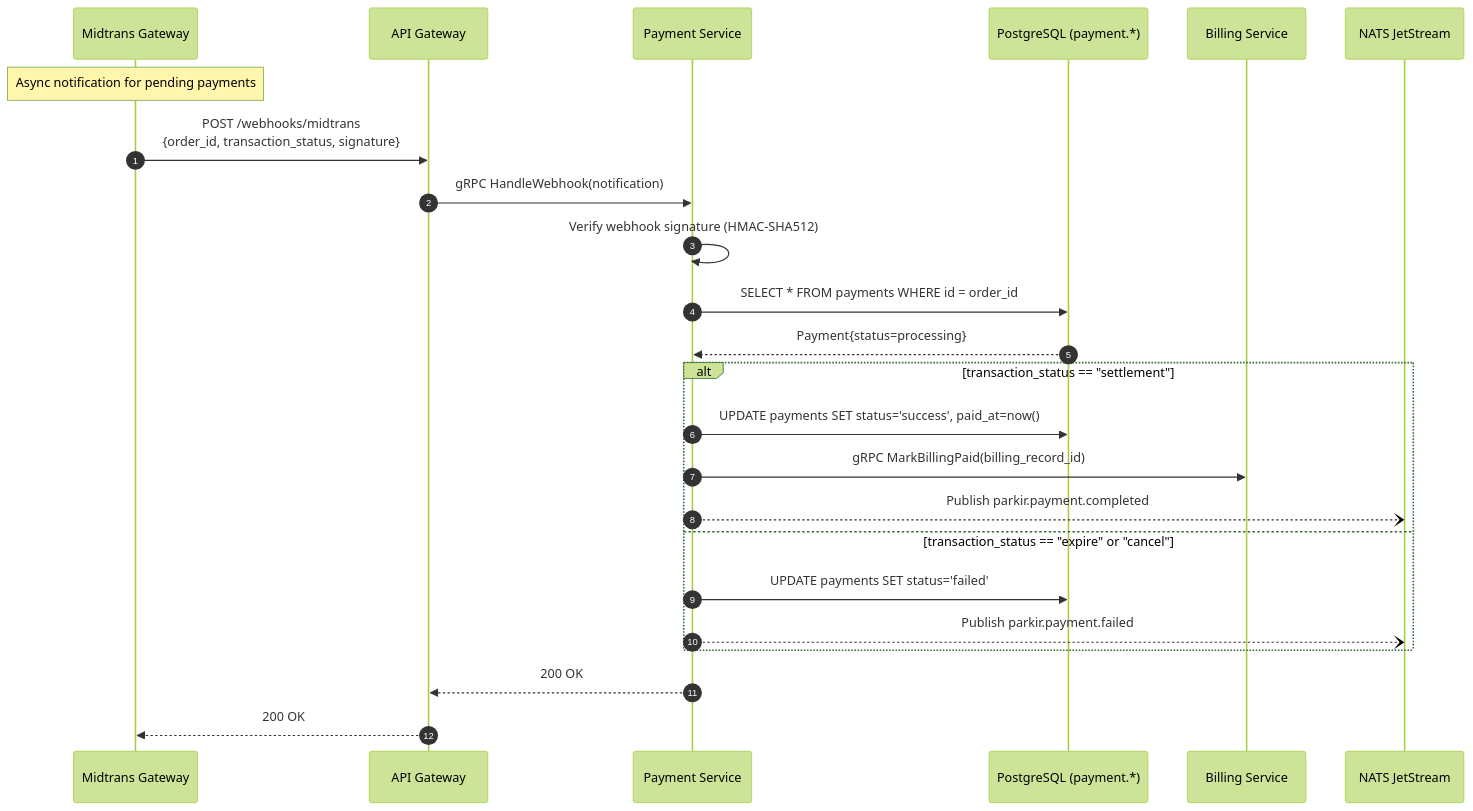
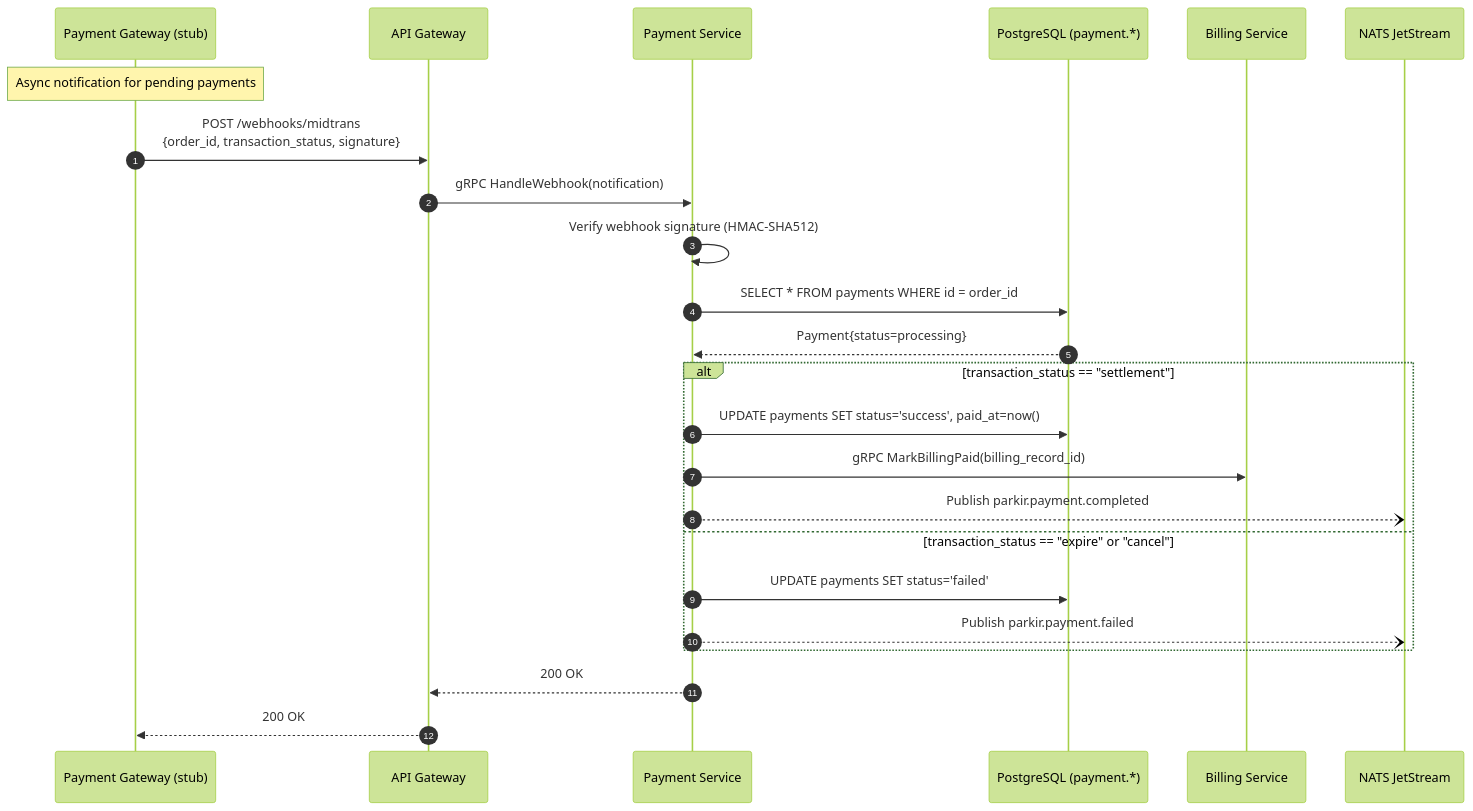
The sixth of 10 diagrams in docs/design/sequence-diagrams.md (piresc/parkir-pintar), drawn with Mermaid (forest theme) before and after one commit. The commit also changed other lines of this file, not shown here.

Commit message:
docs: fix sequence diagrams (remove penalties, Midtrans refs)

````diff
--- a/docs/design/sequence-diagrams.md
+++ b/docs/design/sequence-diagrams.md
@@ -286,30 +286,30 @@
 ```mermaid
 sequenceDiagram
     autonumber
-    participant MG as Midtrans Gateway
+    participant MG as Payment Gateway (stub)
     participant GW as API Gateway
     participant PY as Payment Service
     participant DB_PY as PostgreSQL (payment.*)
     participant BS as Billing Service
     participant NT as NATS JetStream
 
     Note over MG: Async notification for pending payments
     MG->>GW: POST /webhooks/midtrans<br/>{order_id, transaction_status, signature}
     GW->>PY: gRPC HandleWebhook(notification)
 
     PY->>PY: Verify webhook signature (HMAC-SHA512)
     PY->>DB_PY: SELECT * FROM payments WHERE id = order_id
     DB_PY-->>PY: Payment{status=processing}
 
     alt transaction_status == "settlement"
         PY->>DB_PY: UPDATE payments SET status='success', paid_at=now()
         PY->>BS: gRPC MarkBillingPaid(billing_record_id)
         PY--)NT: Publish parkir.payment.completed
     else transaction_status == "expire" or "cancel"
         PY->>DB_PY: UPDATE payments SET status='failed'
         PY--)NT: Publish parkir.payment.failed
     end
 
     PY-->>GW: 200 OK
     GW-->>MG: 200 OK
 ```
````
